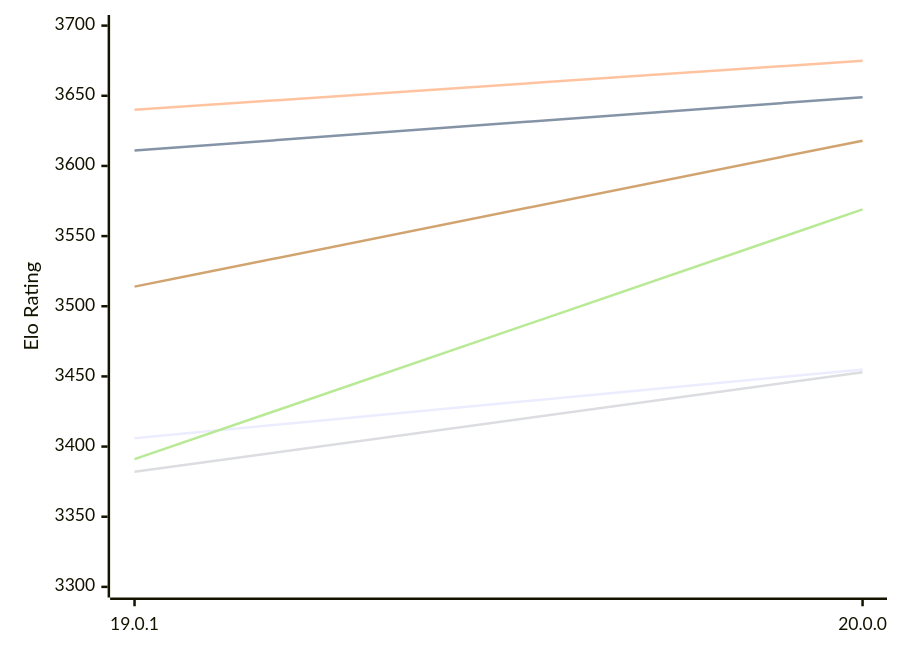
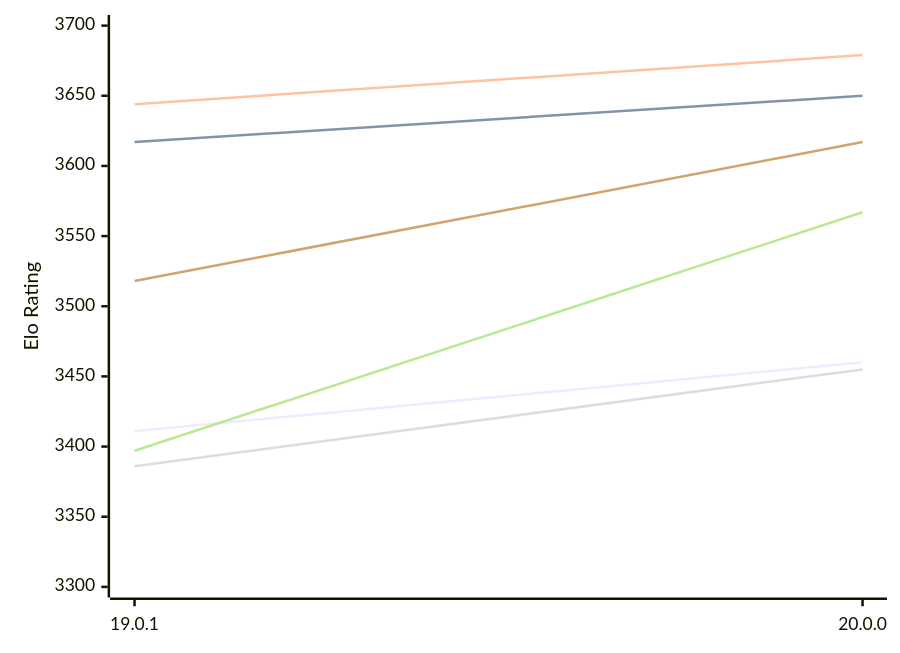
Before and after one commit to computer-chess-index/cci: the first of 2 diagrams in engines/Viridithas.md, drawn with Mermaid. The commit also changed other lines of this file, not shown here.

Commit message:
Update CCI Ratings (ELO VLTC) - 2026-11-20

````diff
--- a/engines/Viridithas.md
+++ b/engines/Viridithas.md
@@ -58,12 +58,12 @@
 ```mermaid
 %%{init: {"theme":"base","themeVariables":{"seriesColors:['#a3a3a3','#222221','#faa371']}}}%%
 xychart-beta
   x-axis ["19.0.1", "20.0.0"]
   y-axis "Elo Rating" 3300 --> 3700
-  line "E1: STC (8.0+0.08s)" [3406, 3455]
-  line "E1: LTC (60.0+0.60s)" [3611, 3649]
-  line "E1: VLTC (2m24s+1.12s)" [3640, 3675]
-  line "P1: STC (8.0+0.08s)" [3382, 3453]
-  line "P1: LTC (60.0+0.60s)" [3391, 3569]
-  line "P1: VLTC (2m24s+1.12s)" [3514, 3618]
+  line "E1: STC (8.0+0.08s)" [3411, 3460]
+  line "E1: LTC (60.0+0.60s)" [3617, 3650]
+  line "E1: VLTC (2m24s+1.12s)" [3644, 3679]
+  line "P1: STC (8.0+0.08s)" [3386, 3455]
+  line "P1: LTC (60.0+0.60s)" [3397, 3567]
+  line "P1: VLTC (2m24s+1.12s)" [3518, 3617]
 ```
````
